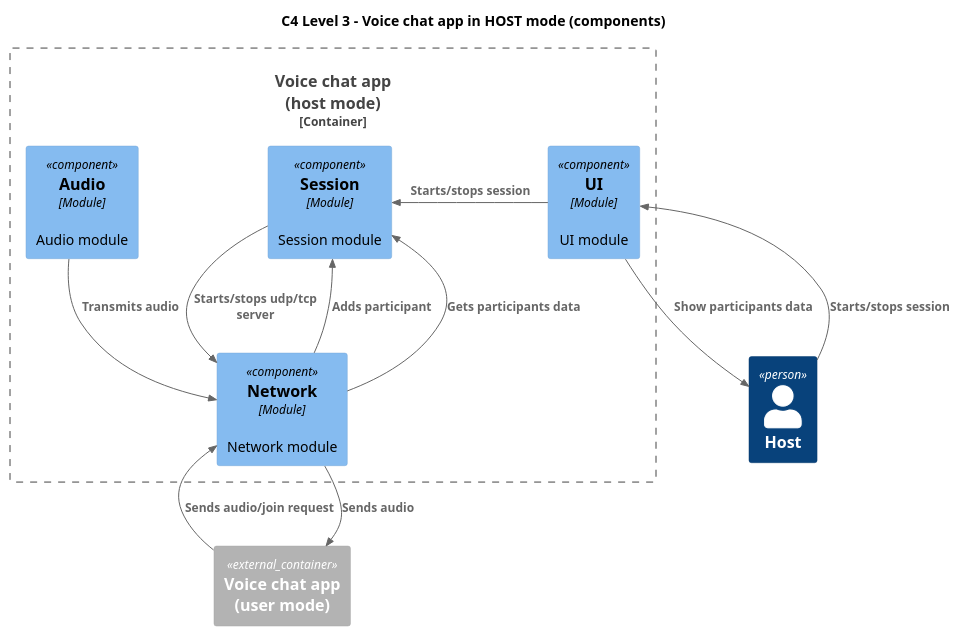
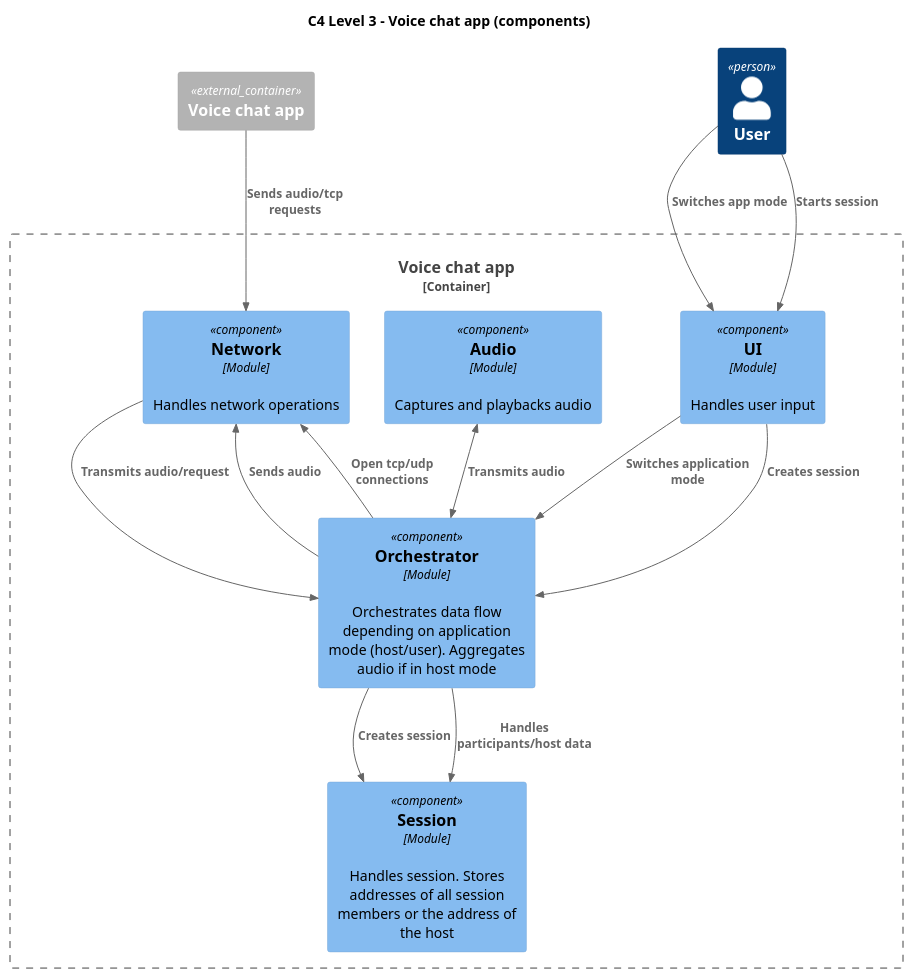
One commit to fedverdev/Ibidem changed the diagram in docs/Voice_chat_app_component_HOST.puml. Above: the diagram before and after it, drawn with PlantUML. The commit also changed 3 other files, not shown here.

```diff
--- a/docs/Voice_chat_app_component_HOST.puml
+++ b/docs/Voice_chat_app_component_HOST.puml
@@ -1,26 +1,36 @@
 @startuml
 !include <C4/C4_Component>
 
-title C4 Level 3 - Voice chat app in HOST mode (components)
+title C4 Level 3 - Voice chat app (components)
 
-Container_Ext(vcaUser, "Voice chat app\n(user mode)")
-Person(host, "Host")
+Container_Ext(vcaExt, "Voice chat app")
+Person(user, "User")
 
-Container_Boundary(vca, "Voice chat app\n(host mode)") {
-    Component(network, "Network", "Module", "Network module")
-    Component(audio, "Audio", "Module", "Audio module")
-    Component(session, "Session", "Module", "Session module")
-    Component(ui, "UI", "Module", "UI module")
+Container_Boundary(vca, "Voice chat app") {
+    Component(network, "Network", "Module", "Handles network operations")
+    Component(audio, "Audio", "Module", "Captures and playbacks audio")
+    Component(session, "Session", "Module", "Handles session. Stores addresses of all session members or the address of the host")
+    Component(ui, "UI", "Module", "Handles user input")
+    Component(orchestrator, "Orchestrator", "Module", "Orchestrates data flow depending on application mode (host/user). Aggregates audio if in host mode")
 }
 
-Rel(vcaUser, network, "Sends audio/join request")
-Rel(network, session, "Adds participant")
-Rel(host, ui, "Starts/stops session")
-Rel(ui, host, "Show participants data")
-Rel(audio, network, "Transmits audio")
-Rel(network, vcaUser, "Sends audio")
-Rel(network, session, "Gets participants data")
-Rel_L(ui, session, "Starts/stops session")
-Rel(session, network, "Starts/stops udp/tcp server")
+' app mode
+Rel(user, ui, "Switches app mode")
+Rel(user, ui, "Starts session")
+
+' orchestration
+Rel(ui, orchestrator, "Switches application mode")
+Rel(ui, orchestrator, "Creates session")
+
+Rel(orchestrator, session, "Creates session")
+Rel(orchestrator, session, "Handles participants/host data")
+
+BiRel(audio, orchestrator, "Transmits audio")
+Rel(orchestrator, network, "Sends audio")
+Rel(orchestrator, network, "Open tcp/udp connections")
+
+' network
+Rel(vcaExt, network, "Sends audio/tcp requests")
+Rel(network, orchestrator, "Transmits audio/request")
 
 @enduml
```
